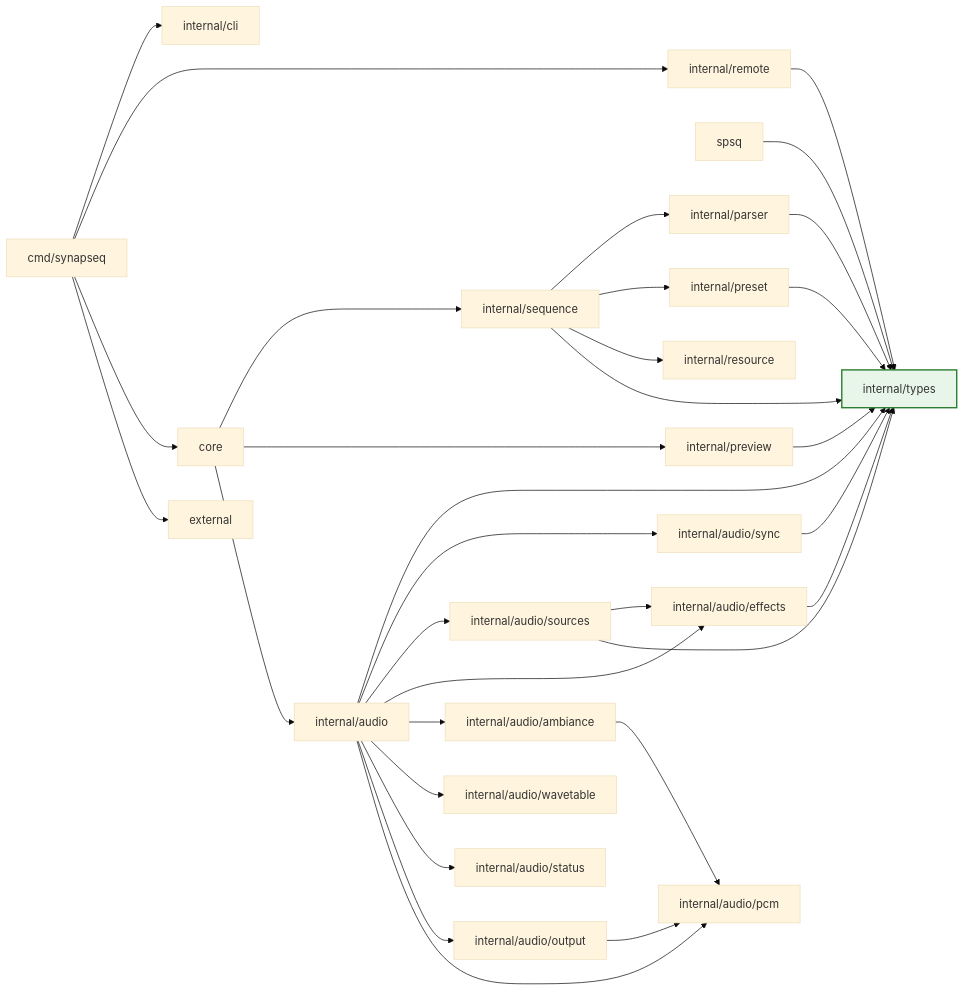
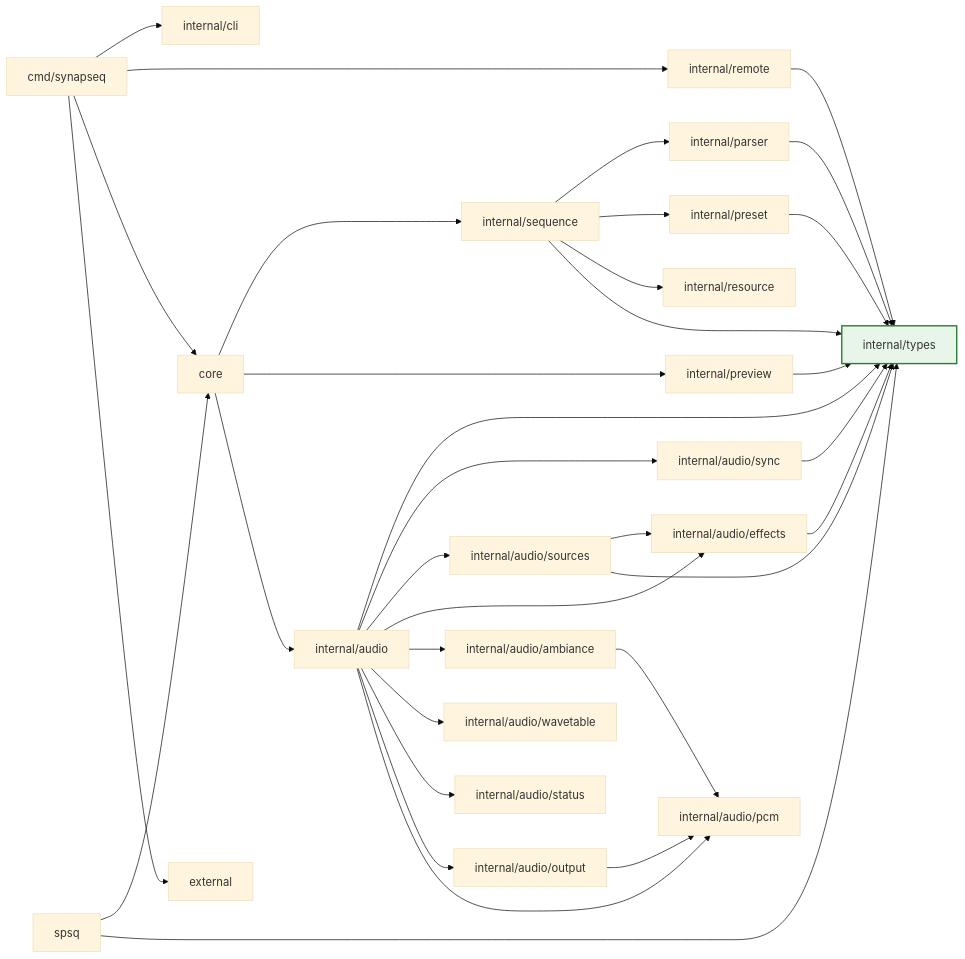
The second of 5 diagrams in docs/ARCHITECTURE.md (synapseq-foundation/synapseq), drawn with Mermaid (base theme) before and after one commit. The commit also changed other lines of this file and 7 other files, not shown here.

````diff
--- a/docs/ARCHITECTURE.md
+++ b/docs/ARCHITECTURE.md
@@ -186,43 +187,44 @@
 ```mermaid
 flowchart LR
 	CMD[cmd/synapseq] --> CLI[internal/cli]
 	CMD --> REMOTE[internal/remote]
 	CMD --> CORE[core]
 	CMD --> EXT[external]
-	SPSQ[spsq] --> TYPES
+	SPSQ[spsq] --> CORE
+	SPSQ --> TYPES
 
 	CORE --> SEQ[internal/sequence]
 	CORE --> PREVIEW[internal/preview]
 	CORE --> AUDIO[internal/audio]
 
 	SEQ --> PARSER[internal/parser]
 	SEQ --> PRESET[internal/preset]
 	SEQ --> RESOURCE[internal/resource]
 	SEQ --> TYPES[internal/types]
 
 	PARSER --> TYPES
 	PRESET --> TYPES
 	PREVIEW --> TYPES
 	AUDIO --> TYPES
 	REMOTE --> TYPES
 
 	AUDIO --> SYNC[internal/audio/sync]
 	AUDIO --> SOURCES[internal/audio/sources]
 	AUDIO --> EFFECTS[internal/audio/effects]
 	AUDIO --> AMB[internal/audio/ambiance]
 	AUDIO --> WAVETABLE[internal/audio/wavetable]
 	AUDIO --> STATUS[internal/audio/status]
 	AUDIO --> OUTPUT[internal/audio/output]
 	AUDIO --> PCM[internal/audio/pcm]
 
 	OUTPUT --> PCM
 	SOURCES --> EFFECTS
 	SOURCES --> TYPES
 	EFFECTS --> TYPES
 	SYNC --> TYPES
 	AMB --> PCM
 
 	TYPES:::leaf
 
 	classDef leaf fill:#e8f5e9,stroke:#2e7d32,stroke-width:2px;
 ```
````
